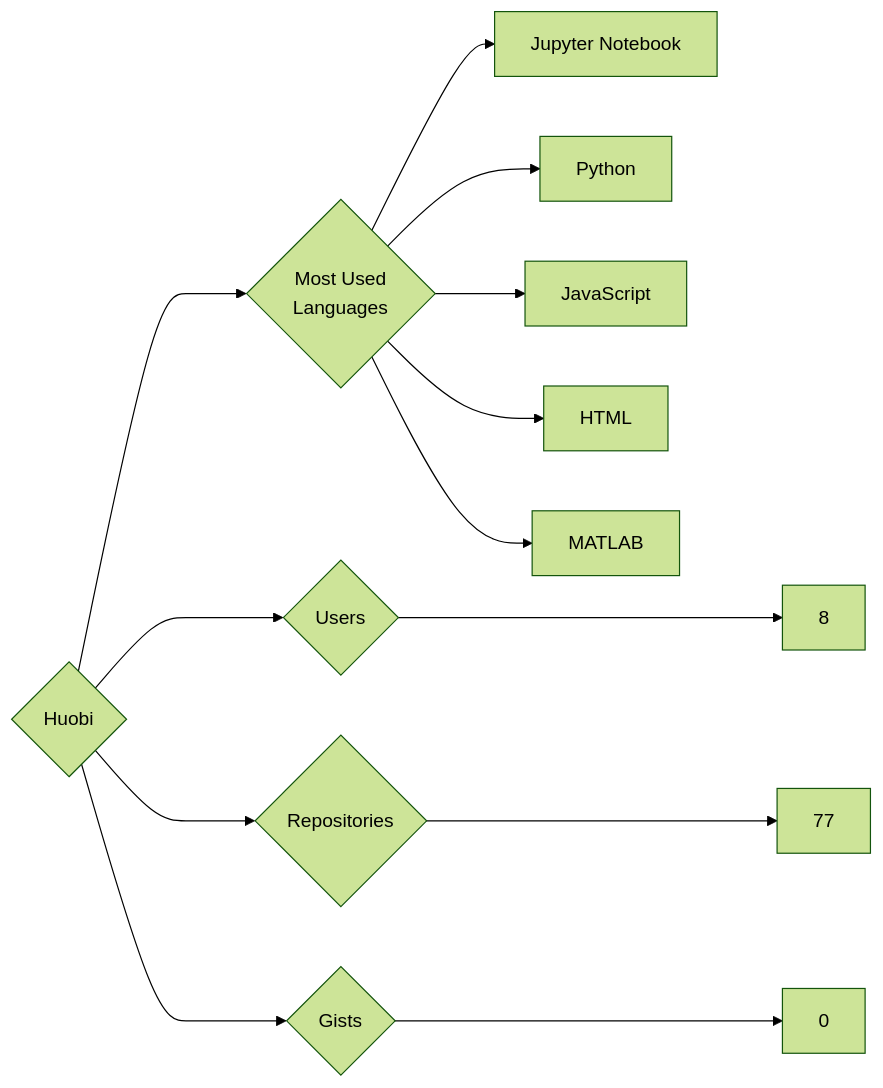
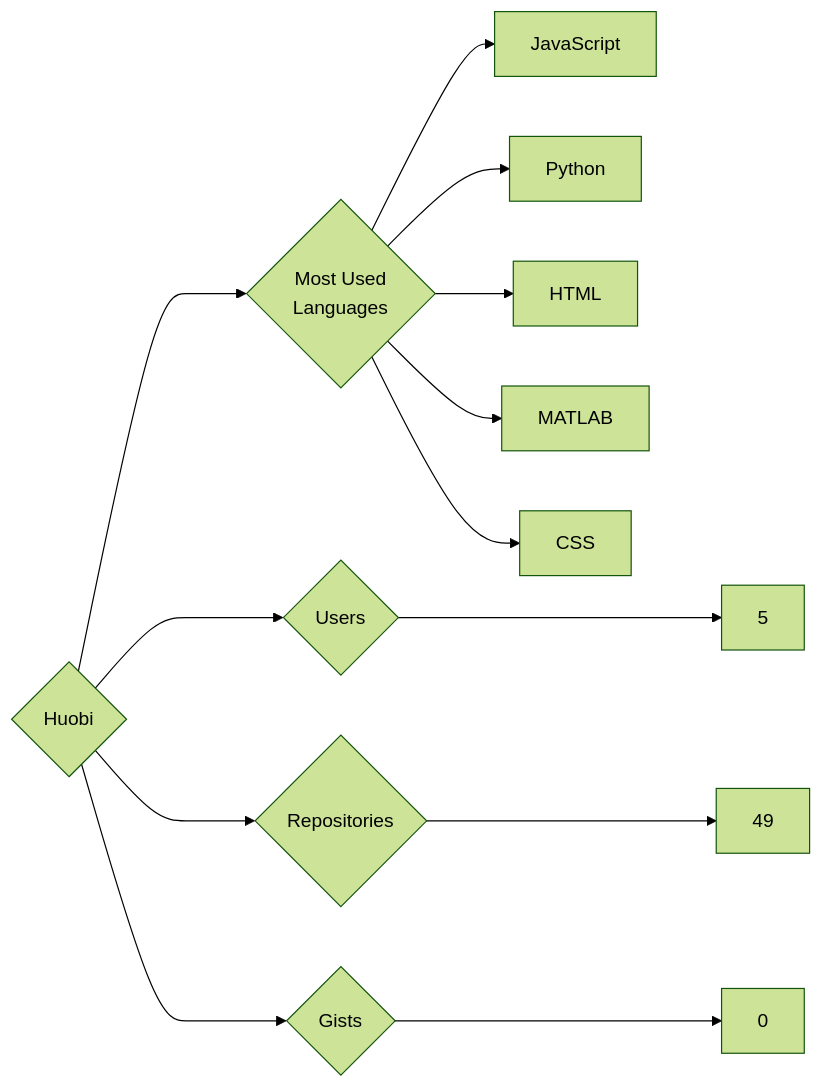
The diagram in targets/Huobi/README.md (trickest/insiders), drawn with Mermaid (forest theme) before and after one commit. The commit also changed 1020 other files, not shown here.

````diff
--- a/targets/Huobi/README.md
+++ b/targets/Huobi/README.md
@@ -3,13 +3,13 @@
 ```mermaid
 graph LR
 COMPANY_NAME{Huobi}
-COMPANY_NAME ---> U{Users} ---> UN[8]
-COMPANY_NAME ---> R{Repositories} ---> RN[77]
+COMPANY_NAME ---> U{Users} ---> UN[5]
+COMPANY_NAME ---> R{Repositories} ---> RN[49]
 COMPANY_NAME ---> G{Gists} ---> GN[0]
 COMPANY_NAME ---> ML{Most Used<br>Languages}
-ML --> Jupyter_Notebook[Jupyter Notebook]
+ML --> JavaScript[JavaScript]
 ML --> Python[Python]
-ML --> JavaScript[JavaScript]
 ML --> HTML[HTML]
 ML --> MATLAB[MATLAB]
+ML --> CSS[CSS]
 ```
````
